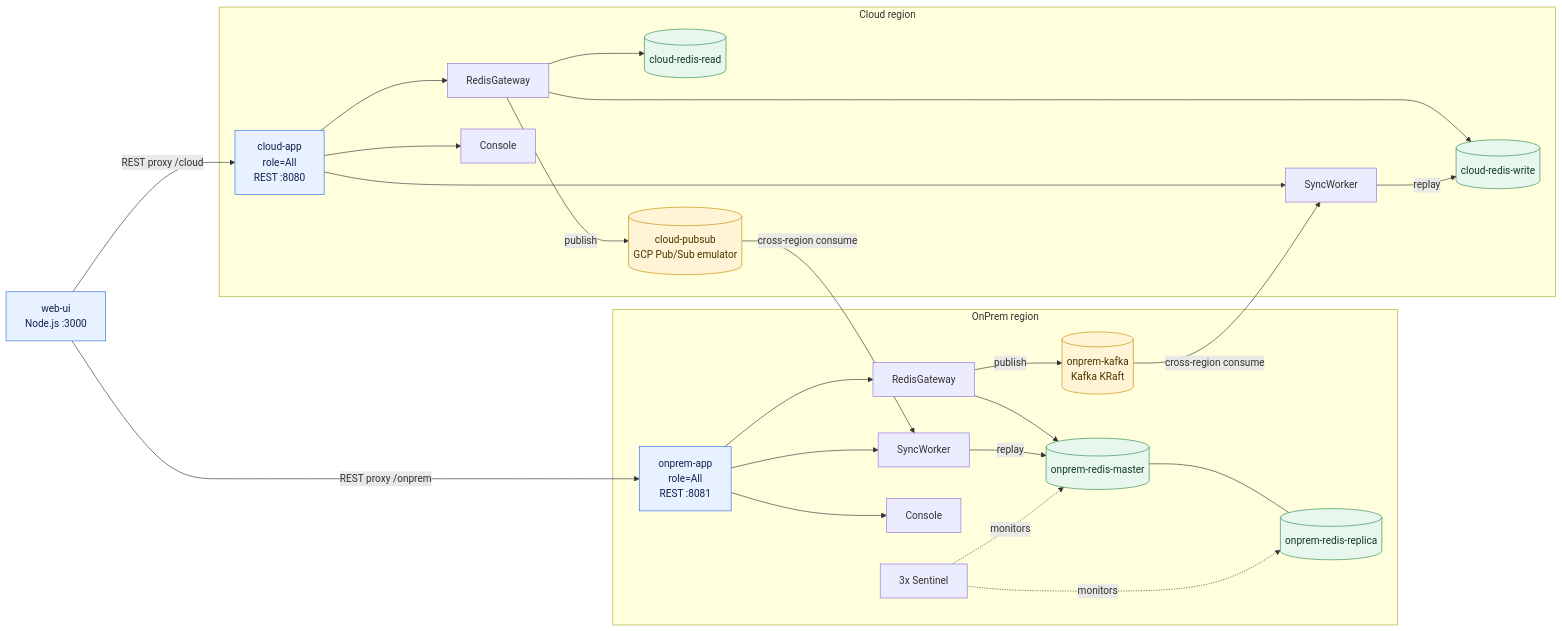
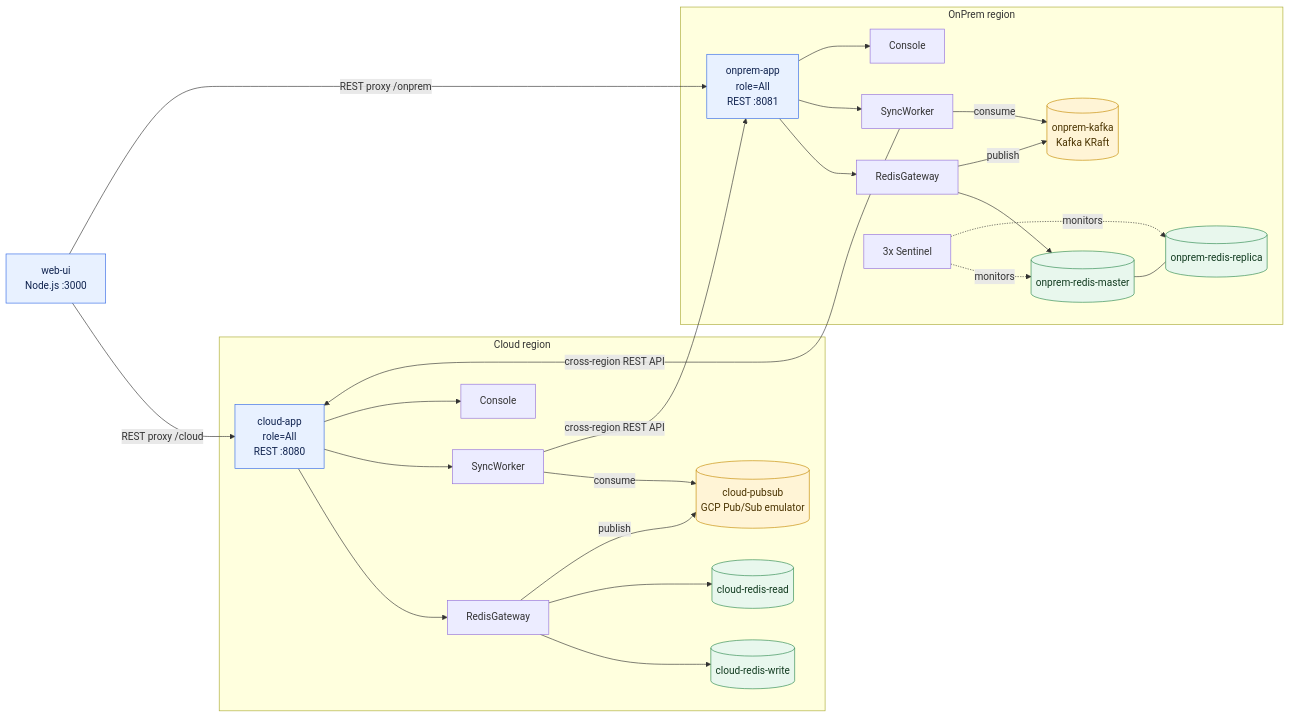
One commit to khcjump/poc-redis-camellia changed the diagram in README.md. Above: the diagram before and after it, drawn with Mermaid. The commit also changed other lines of this file and 12 other files, not shown here.

````diff
--- a/README.md
+++ b/README.md
@@ -31,54 +31,54 @@
 ```mermaid
 flowchart LR
     webui["web-ui<br/>Node.js :3000"]
 
     subgraph onprem["OnPrem region"]
         onpremApp["onprem-app<br/>role=All<br/>REST :8081"]
         onpremGateway["RedisGateway"]
         onpremWorker["SyncWorker"]
         onpremConsole["Console"]
         onpremMaster[("onprem-redis-master")]
         onpremReplica[("onprem-redis-replica")]
         onpremSentinel["3x Sentinel"]
         onpremKafka[("onprem-kafka<br/>Kafka KRaft")]
 
         onpremApp --> onpremGateway
         onpremApp --> onpremWorker
         onpremApp --> onpremConsole
         onpremGateway --> onpremMaster
         onpremGateway -->|publish| onpremKafka
-        onpremWorker -->|replay| onpremMaster
+        onpremWorker -->|consume| onpremKafka
         onpremMaster --- onpremReplica
         onpremSentinel -. monitors .-> onpremMaster
         onpremSentinel -. monitors .-> onpremReplica
     end
 
     subgraph cloud["Cloud region"]
         cloudApp["cloud-app<br/>role=All<br/>REST :8080"]
         cloudGateway["RedisGateway"]
         cloudWorker["SyncWorker"]
         cloudConsole["Console"]
         cloudWrite[("cloud-redis-write")]
         cloudRead[("cloud-redis-read")]
         cloudPubSub[("cloud-pubsub<br/>GCP Pub/Sub emulator")]
 
         cloudApp --> cloudGateway
         cloudApp --> cloudWorker
         cloudApp --> cloudConsole
         cloudGateway --> cloudWrite
         cloudGateway --> cloudRead
         cloudGateway -->|publish| cloudPubSub
-        cloudWorker -->|replay| cloudWrite
+        cloudWorker -->|consume| cloudPubSub
     end
     webui -->|REST proxy /cloud| cloudApp
     webui -->|REST proxy /onprem| onpremApp
-    cloudPubSub -->|cross-region consume| onpremWorker
-    onpremKafka -->|cross-region consume| cloudWorker
+    cloudWorker -->|cross-region REST API| onpremApp
+    onpremWorker -->|cross-region REST API| cloudApp
 
     classDef app fill:#e8f1ff,stroke:#356ae6,color:#10234f
     classDef queue fill:#fff4d6,stroke:#c58a00,color:#4a3300
     classDef redis fill:#e8f7ed,stroke:#2d8a4e,color:#123b20
     class cloudApp,onpremApp,webui app
     class cloudPubSub,onpremKafka queue
     class cloudWrite,cloudRead,onpremMaster,onpremReplica redis
 ```
````
